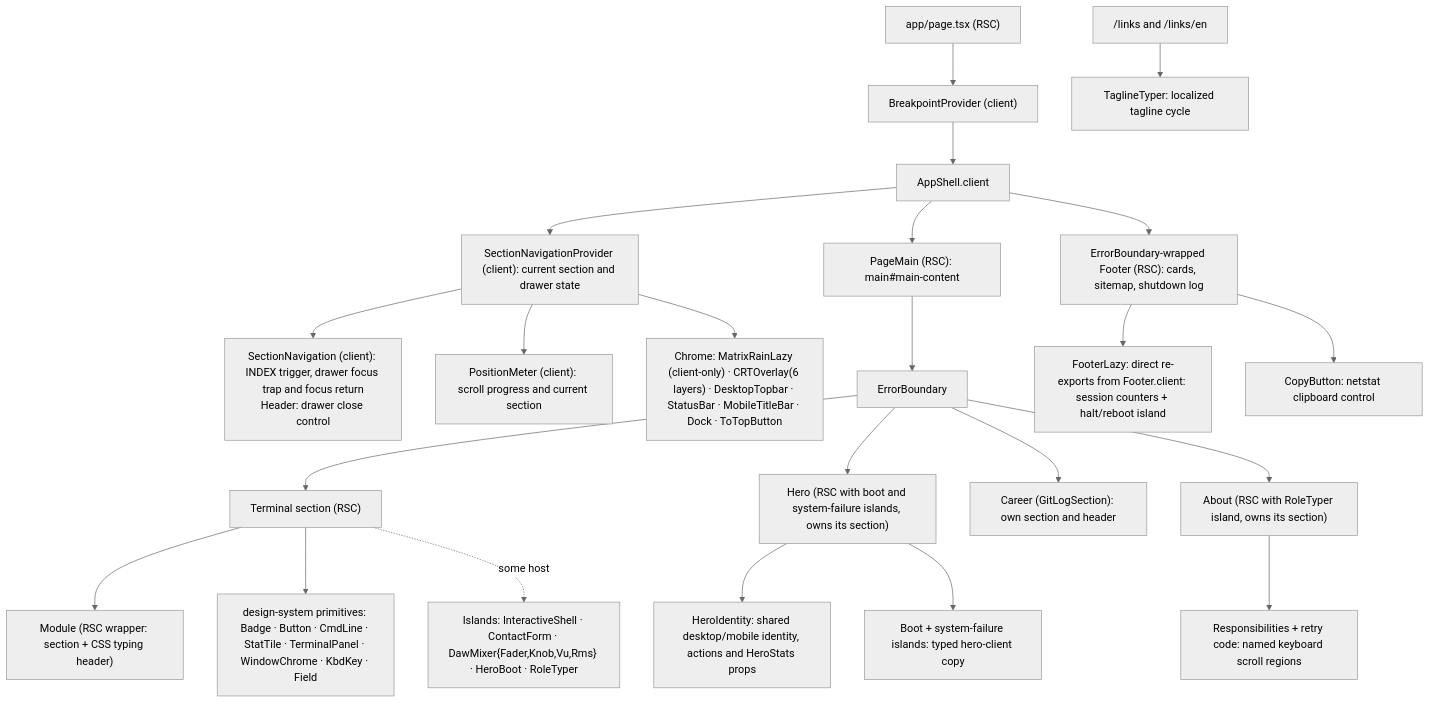
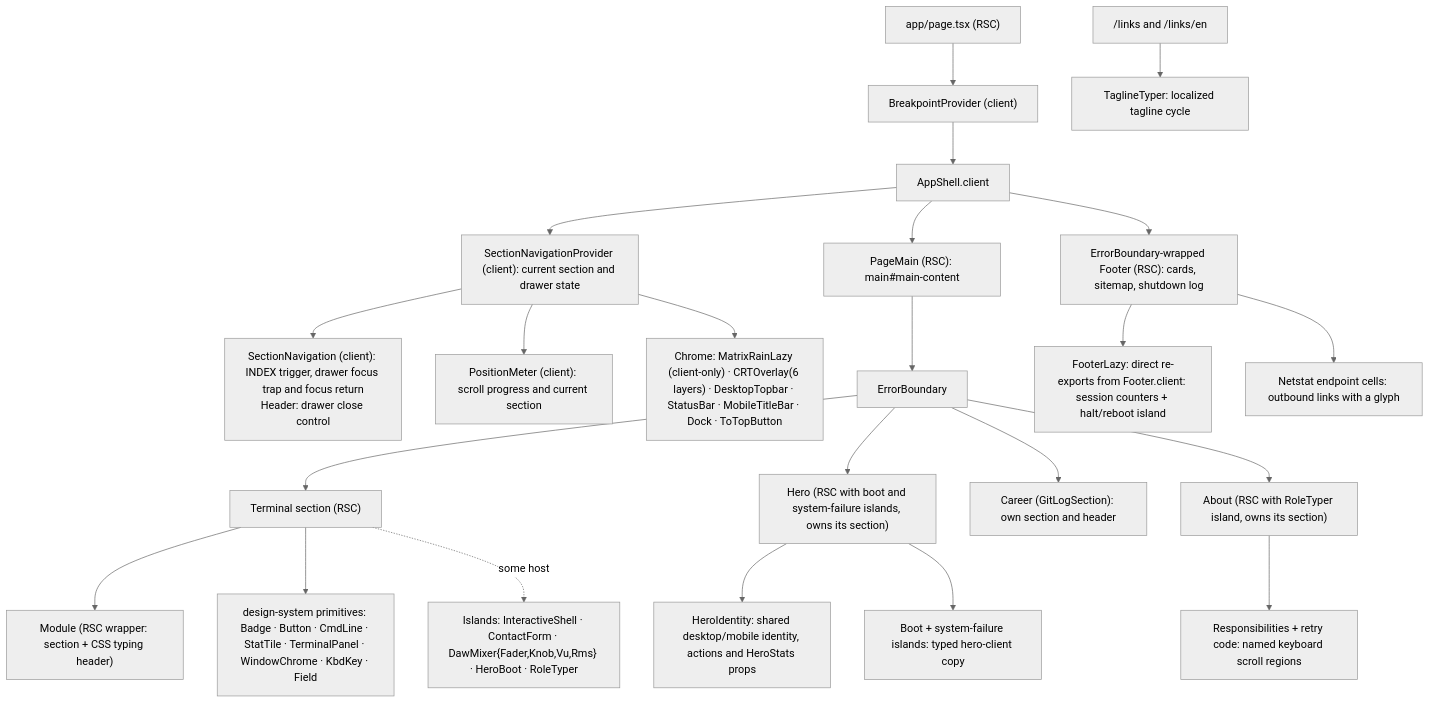
The first of 2 diagrams in docs/04-components-and-state.md (erikunha/portfolio), drawn with Mermaid (neutral theme) before and after one commit. The commit also changed other lines of this file and 51 other files, not shown here.

````diff
--- a/docs/04-components-and-state.md
+++ b/docs/04-components-and-state.md
@@ -26,25 +26,25 @@
 ```mermaid
 flowchart TD
     page["app/page.tsx (RSC)"] --> bp["BreakpointProvider (client)"]
     bp --> shell["AppShell.client"]
     shell --> navigation["SectionNavigationProvider (client): current section and drawer state"]
     navigation --> rail["SectionNavigation (client): INDEX trigger, drawer focus trap and focus return<br/>Header: drawer close control"]
     navigation --> position["PositionMeter (client): scroll progress and current section"]
     navigation --> chrome["Chrome: MatrixRainLazy (client-only) · CRTOverlay(6 layers) · DesktopTopbar · StatusBar · MobileTitleBar · Dock · ToTopButton"]
     shell --> main["PageMain (RSC): main#main-content"]
     main --> eb["ErrorBoundary"]
     eb --> sec["Terminal section (RSC)"]
     sec --> mod["Module (RSC wrapper: section + CSS typing header)"]
     sec --> dsp["design-system primitives: Badge · Button · CmdLine · StatTile · TerminalPanel · WindowChrome · KbdKey · Field"]
     sec -. some host .-> isl["Islands: InteractiveShell · ContactForm · DawMixer{Fader,Knob,Vu,Rms} · HeroBoot · RoleTyper"]
     eb --> hero["Hero (RSC with boot and system-failure islands, owns its section)"]
     hero --> identity["HeroIdentity: shared desktop/mobile identity, actions and HeroStats props"]
     hero --> clientcopy["Boot + system-failure islands: typed hero-client copy"]
     eb --> career["Career (GitLogSection): own section and header"]
     eb --> about["About (RSC with RoleTyper island, owns its section)"]
     about --> scroll["Responsibilities + retry code: named keyboard scroll regions"]
     shell --> fl["ErrorBoundary-wrapped Footer (RSC): cards, sitemap, shutdown log"]
     fl --> fi["FooterLazy: direct re-exports from Footer.client: session counters + halt/reboot island"]
-    fl --> fc["CopyButton: netstat clipboard control"]
+    fl --> fc["Netstat endpoint cells: outbound links with a glyph"]
     links["/links and /links/en"] --> tagline["TaglineTyper: localized tagline cycle"]
 ```
````
